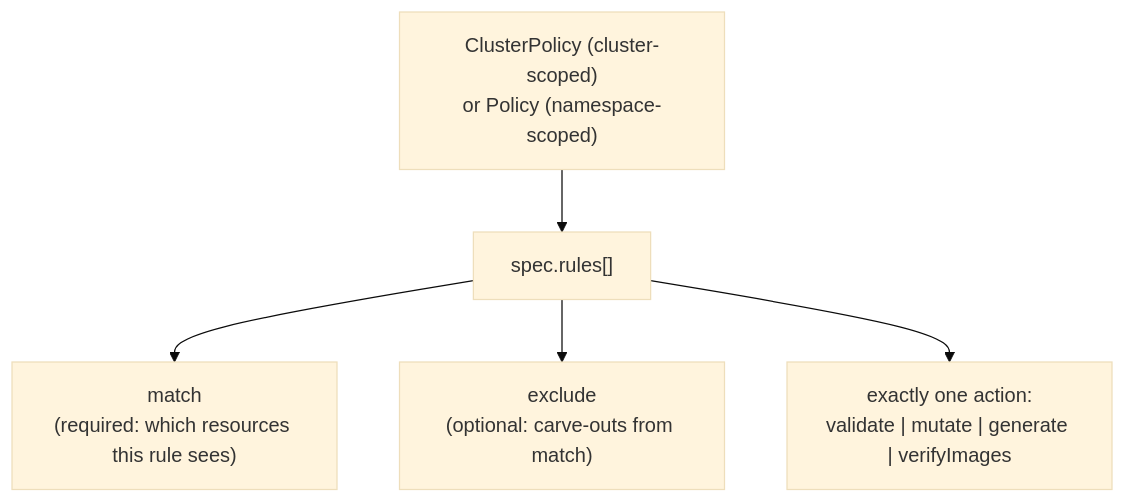
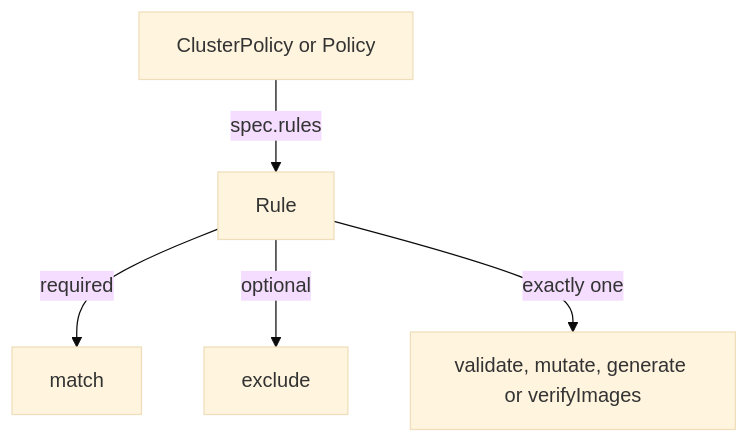
Before and after one commit to astrona-io/ATS007: the diagram in sections/section-010/module-01/course.md, drawn with Mermaid (base theme). The commit also changed other lines of this file and 150 other files, not shown here.

````diff
--- a/sections/section-010/module-01/course.md
+++ b/sections/section-010/module-01/course.md
@@ -16,7 +7,7 @@
 ```mermaid
-flowchart TD
-    A["ClusterPolicy (cluster-scoped)<br/>or Policy (namespace-scoped)"] --> B["spec.rules[]"]
-    B --> C["match<br/>(required: which resources this rule sees)"]
-    B --> D["exclude<br/>(optional: carve-outs from match)"]
-    B --> E["exactly one action:<br/>validate | mutate | generate | verifyImages"]
+flowchart TB
+    P["ClusterPolicy or Policy"] -->|"spec.rules"| R["Rule"]
+    R -->|"required"| M["match"]
+    R -->|"optional"| E["exclude"]
+    R -->|"exactly one"| A["validate, mutate, generate or verifyImages"]
 ```
````
